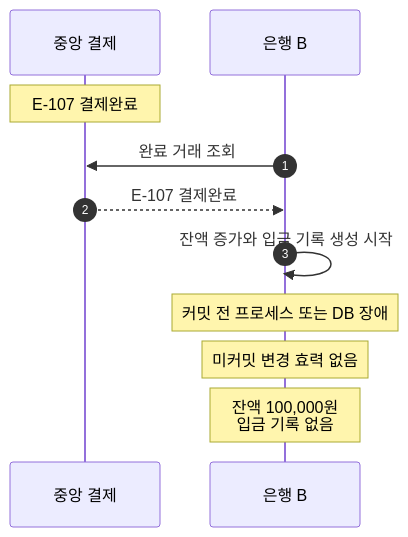
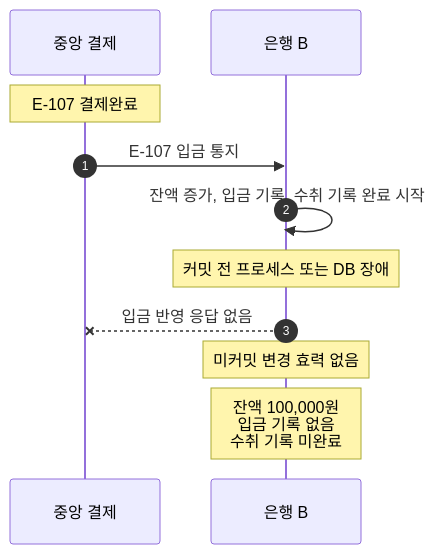
Before and after one commit to 2jun0/financial-system-backend: the diagram in docs/scenarios/S-009_수취_입금_커밋_전_장애.md, drawn with Mermaid. The commit also changed other lines of this file and 9 other files, not shown here.

````diff
--- a/docs/scenarios/S-009_수취_입금_커밋_전_장애.md
+++ b/docs/scenarios/S-009_수취_입금_커밋_전_장애.md
@@ -24,14 +24,14 @@
 ```mermaid
 sequenceDiagram
     autonumber
     participant C as 중앙 결제
     participant B as 은행 B
 
     Note over C: E-107 결제완료
-    B->>C: 완료 거래 조회
-    C-->>B: E-107 결제완료
-    B->>B: 잔액 증가와 입금 기록 생성 시작
+    C->>B: E-107 입금 통지
+    B->>B: 잔액 증가, 입금 기록, 수취 기록 완료 시작
     Note over B: 커밋 전 프로세스 또는 DB 장애
+    B--xC: 입금 반영 응답 없음
     Note over B: 미커밋 변경 효력 없음
-    Note over B: 잔액 100,000원<br/>입금 기록 없음
+    Note over B: 잔액 100,000원<br/>입금 기록 없음<br/>수취 기록 미완료
 ```
````
